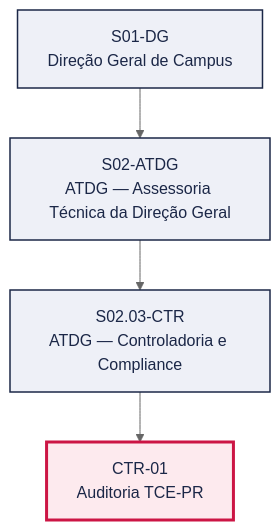
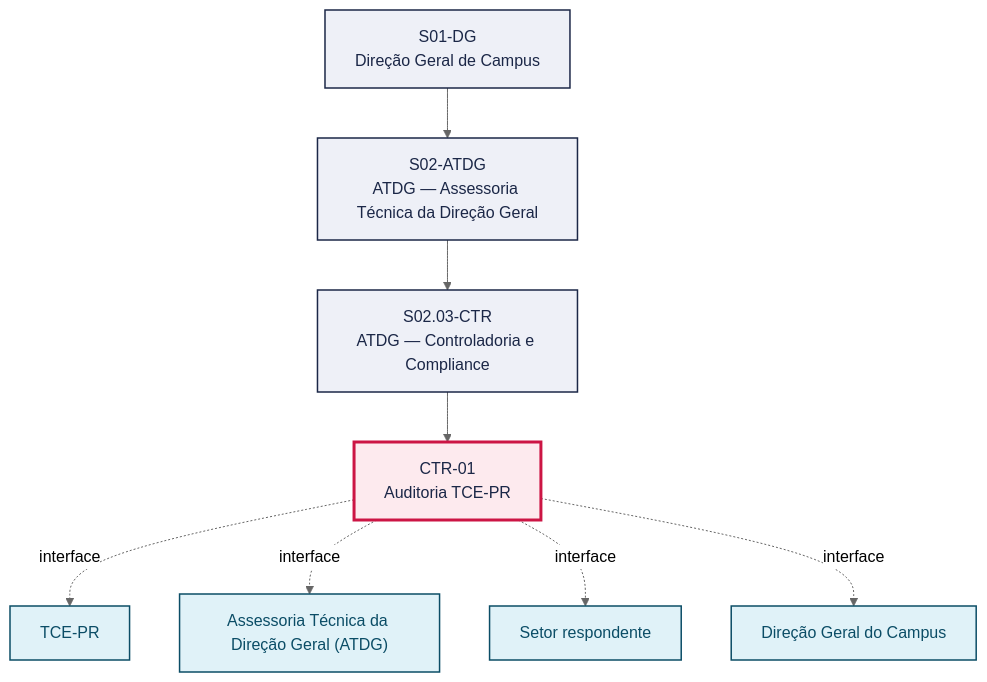
The first of 2 diagrams in pops/CTR/CTR-01.md (jessefers/canvas-vivo-atdg), drawn with Mermaid (neutral theme) before and after one commit. The commit also changed other lines of this file and 61 other files, not shown here.

````diff
--- a/pops/CTR/CTR-01.md
+++ b/pops/CTR/CTR-01.md
@@ -49,15 +51,24 @@
 ```mermaid
 graph TD
   S01_DG["S01-DG<br/>Direção Geral de Campus"]
   S02_ATDG["S02-ATDG<br/>ATDG — Assessoria Técnica da Direção Geral"]
   S01_DG --> S02_ATDG
   S02_03_CTR["S02.03-CTR<br/>ATDG — Controladoria e Compliance"]
   S02_ATDG --> S02_03_CTR
   P["CTR-01<br/>Auditoria TCE-PR"]
   S02_03_CTR --> P
+  V1["TCE-PR"]
+  P -. interface .-> V1
+  V2["Assessoria Técnica da Direção Geral (ATDG)"]
+  P -. interface .-> V2
+  V3["Setor respondente"]
+  P -. interface .-> V3
+  V4["Direção Geral do Campus"]
+  P -. interface .-> V4
   classDef setor fill:#EEF0F7,stroke:#1B2747,stroke-width:1.5px,color:#1B2747
   classDef destaque fill:#FDEAEE,stroke:#CC1544,stroke-width:3px,color:#1B2747
   classDef vizinho fill:#E0F2F8,stroke:#0B4D66,stroke-width:1.5px,color:#0B4D66
   class S01_DG,S02_ATDG,S02_03_CTR setor
   class P destaque
+  class V1,V2,V3,V4 vizinho
 ```
````
